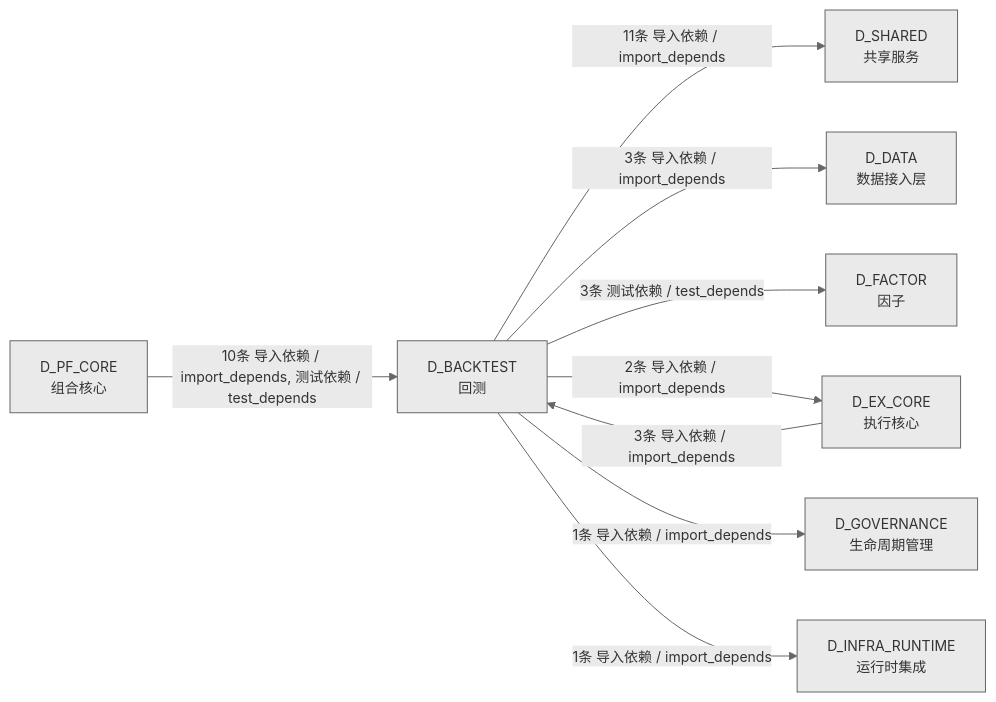
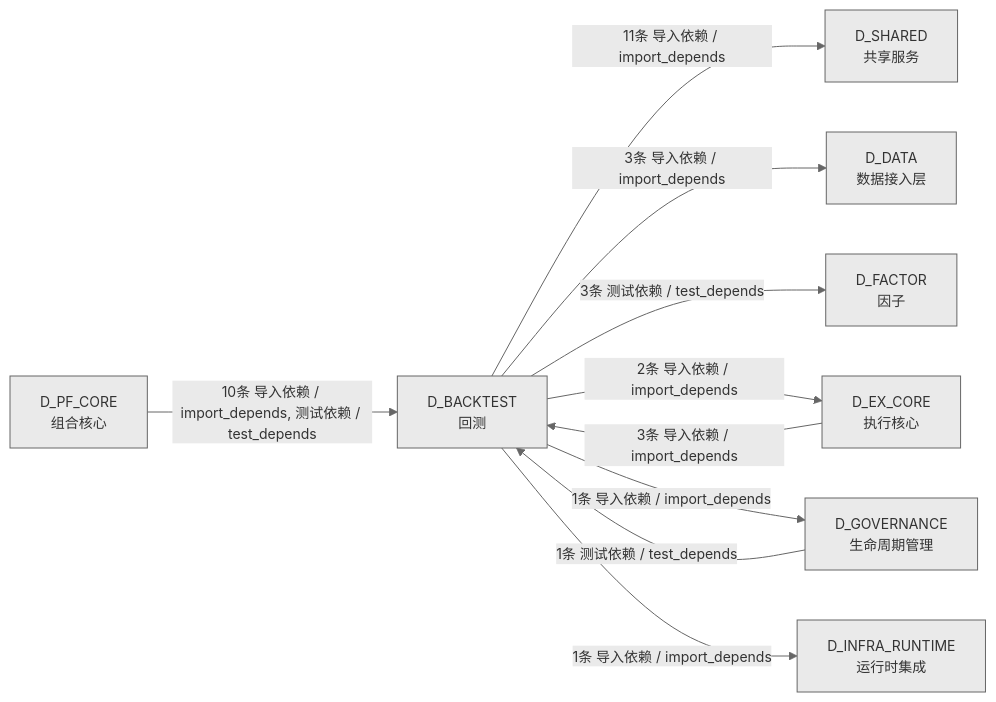
One commit to xuanFelixVan/ZephyrAlpha changed the fourth of 4 diagrams in docs/02_enterprise_architecture/02_domain_architecture_docs/35_d_backtest.md. Above: the diagram before and after it, drawn with Mermaid. The commit also changed other lines of this file and 45 other files, not shown here.

````diff
--- a/docs/02_enterprise_architecture/02_domain_architecture_docs/35_d_backtest.md
+++ b/docs/02_enterprise_architecture/02_domain_architecture_docs/35_d_backtest.md
@@ -451,20 +453,21 @@
 ```mermaid
 %%{init: {'theme': 'base', 'themeVariables': {'primaryColor': '#eaeaea', 'primaryTextColor': '#333333', 'primaryBorderColor': '#666666', 'lineColor': '#666666', 'secondaryColor': '#eaeaea', 'tertiaryColor': '#eaeaea', 'fontSize': '14px'}}}%%
 graph LR
     D_BACKTEST["D_BACKTEST<br/>回测"]
     D_SHARED["D_SHARED<br/>共享服务"]
     D_DATA["D_DATA<br/>数据接入层"]
     D_FACTOR["D_FACTOR<br/>因子"]
     D_EX_CORE["D_EX_CORE<br/>执行核心"]
     D_GOVERNANCE["D_GOVERNANCE<br/>生命周期管理"]
     D_INFRA_RUNTIME["D_INFRA_RUNTIME<br/>运行时集成"]
     D_PF_CORE["D_PF_CORE<br/>组合核心"]
     D_BACKTEST -->|11条 导入依赖 / import_depends| D_SHARED
     D_BACKTEST -->|3条 导入依赖 / import_depends| D_DATA
     D_BACKTEST -->|3条 测试依赖 / test_depends| D_FACTOR
     D_BACKTEST -->|2条 导入依赖 / import_depends| D_EX_CORE
     D_BACKTEST -->|1条 导入依赖 / import_depends| D_GOVERNANCE
     D_BACKTEST -->|1条 导入依赖 / import_depends| D_INFRA_RUNTIME
     D_PF_CORE -->|10条 导入依赖 / import_depends, 测试依赖 / test_depends| D_BACKTEST
     D_EX_CORE -->|3条 导入依赖 / import_depends| D_BACKTEST
+    D_GOVERNANCE -->|1条 测试依赖 / test_depends| D_BACKTEST
 ```
````
